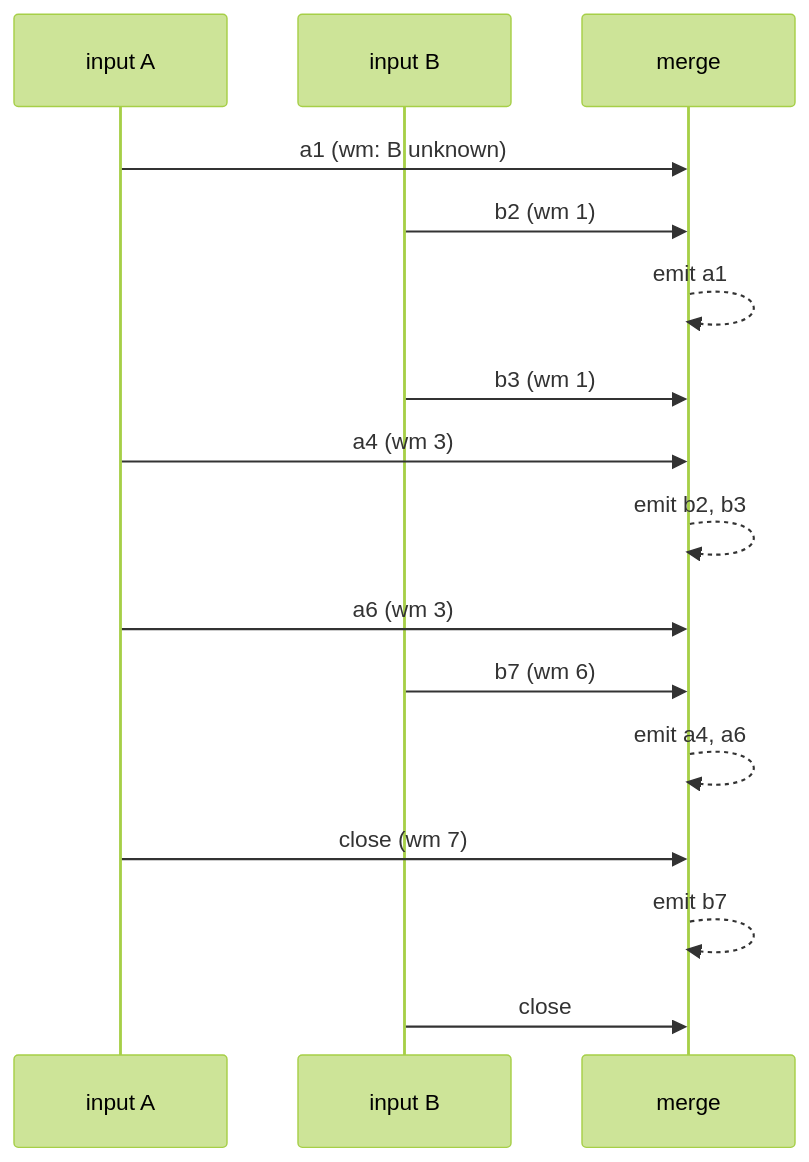
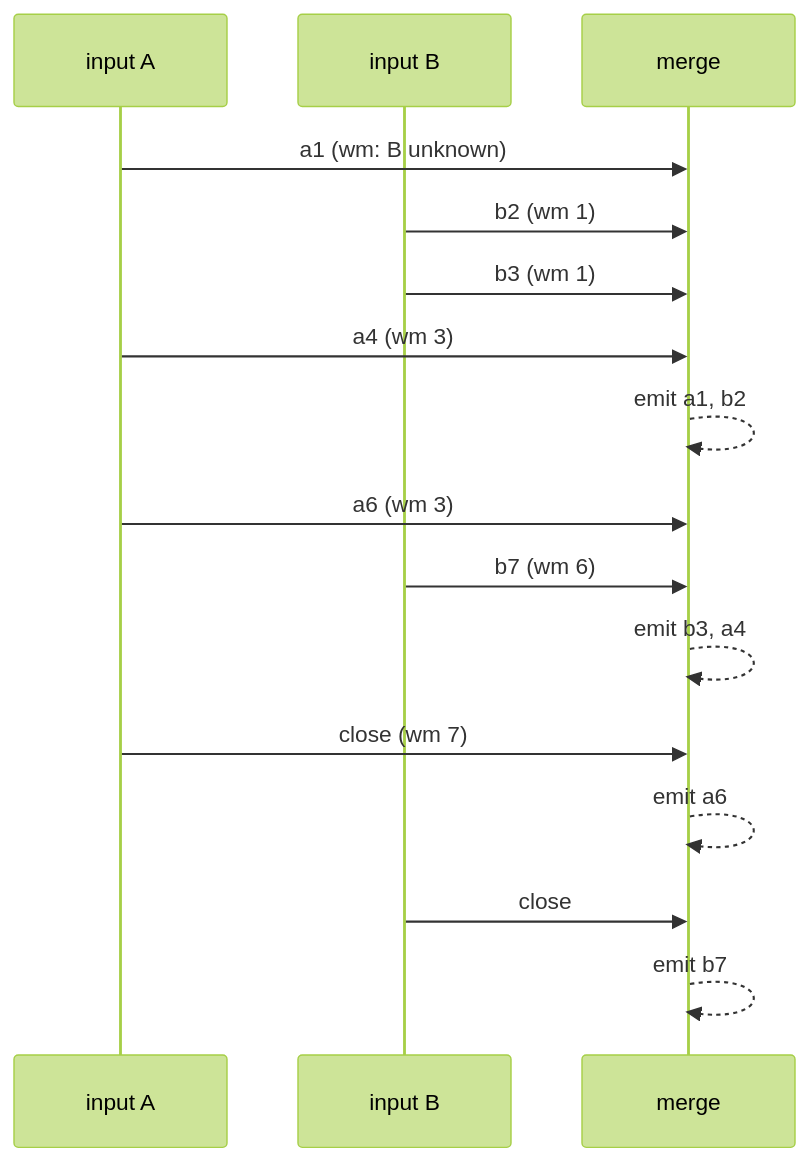
One commit to johnknl/go-concurrency-patterns changed the second of 2 diagrams in docs/patterns/watermark.md. Above: the diagram before and after it, drawn with Mermaid (forest theme). The commit also changed other lines of this file and 21 other files, not shown here.

````diff
--- a/docs/patterns/watermark.md
+++ b/docs/patterns/watermark.md
@@ -66,18 +68,18 @@
 ```mermaid
 sequenceDiagram
     participant A as input A
     participant B as input B
     participant M as merge
     A->>M: a1 (wm: B unknown)
     B->>M: b2 (wm 1)
-    M-->>M: emit a1
     B->>M: b3 (wm 1)
     A->>M: a4 (wm 3)
-    M-->>M: emit b2, b3
+    M-->>M: emit a1, b2
     A->>M: a6 (wm 3)
     B->>M: b7 (wm 6)
-    M-->>M: emit a4, a6
+    M-->>M: emit b3, a4
     A->>M: close (wm 7)
+    M-->>M: emit a6
+    B->>M: close
     M-->>M: emit b7
-    B->>M: close
 ```
````
